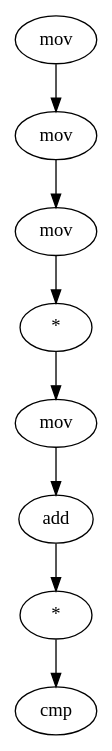
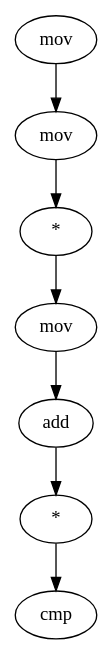
Before and after one commit to AirbusCyber/grap: the diagram in graphes/IDA/grap/idagrap/patterns/cryptography/stream/rc4/set_key/loop2.dot, drawn with Graphviz. The commit also changed 3 other files, not shown here.

```diff
--- a/graphes/IDA/grap/idagrap/patterns/cryptography/stream/rc4/set_key/loop2.dot
+++ b/graphes/IDA/grap/idagrap/patterns/cryptography/stream/rc4/set_key/loop2.dot
@@ -1,18 +1,16 @@
 Digraph G {
-A [label = "mov", csymbtype="substring", csymb="mov", getid="A"]
+A [label = "mov", csymbtype="substring", csymb="mov", getid="A", minrepeat="0", maxrepeat="3", lazyrepeat=true]
 B [label = "mov", csymbtype="substring", csymb="mov", getid="B"]
-C [label = "mov", csymbtype="substring", csymb="mov", getid="C"]
-D [label = "*", csymbtype="*", getid="D", minrepeat="1", maxrepeat="6"]
-E [label = "mov", csymbtype="substring", csymb="mov", getid="E"]
-F [label = "add", csymbtype="substring", csymb="add", getid="F"]
-G [label = "*", csymbtype="*", getid="G", minrepeat="0", maxrepeat="4", lazyrepeat=true]
-H [label = "cmp", csymbtype="substring", csymb="cmp", getid="H"]
+C [label = "*", csymbtype="*", getid="C", minrepeat="1", maxrepeat="6"]
+D [label = "mov", csymbtype="substring", csymb="mov", getid="D"]
+E [label = "add", cond="opcode is add or opcode is inc", getid="E"]
+F [label = "*", csymbtype="*", getid="F", minrepeat="0", maxrepeat="4", lazyrepeat=true]
+G [label = "cmp", csymbtype="substring", csymb="cmp", getid="G"]
 
 A -> B
 B -> C
 C -> D
 D -> E
 E -> F
 F -> G
-G -> H
 }
```
